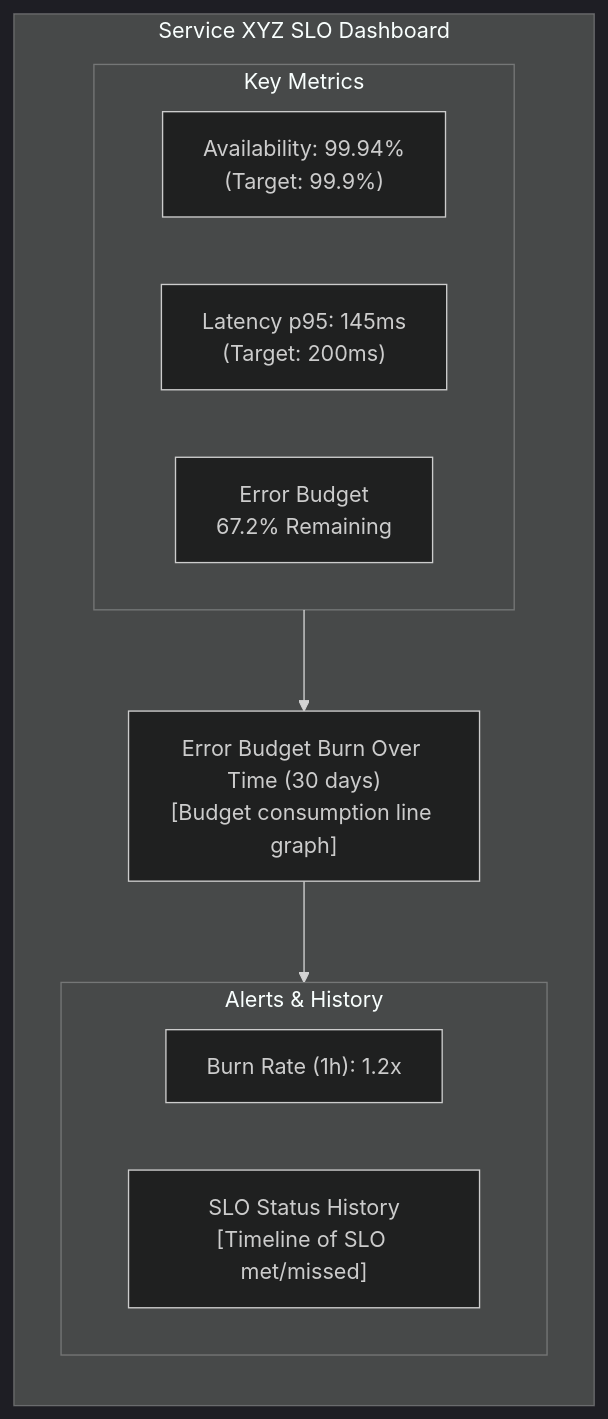
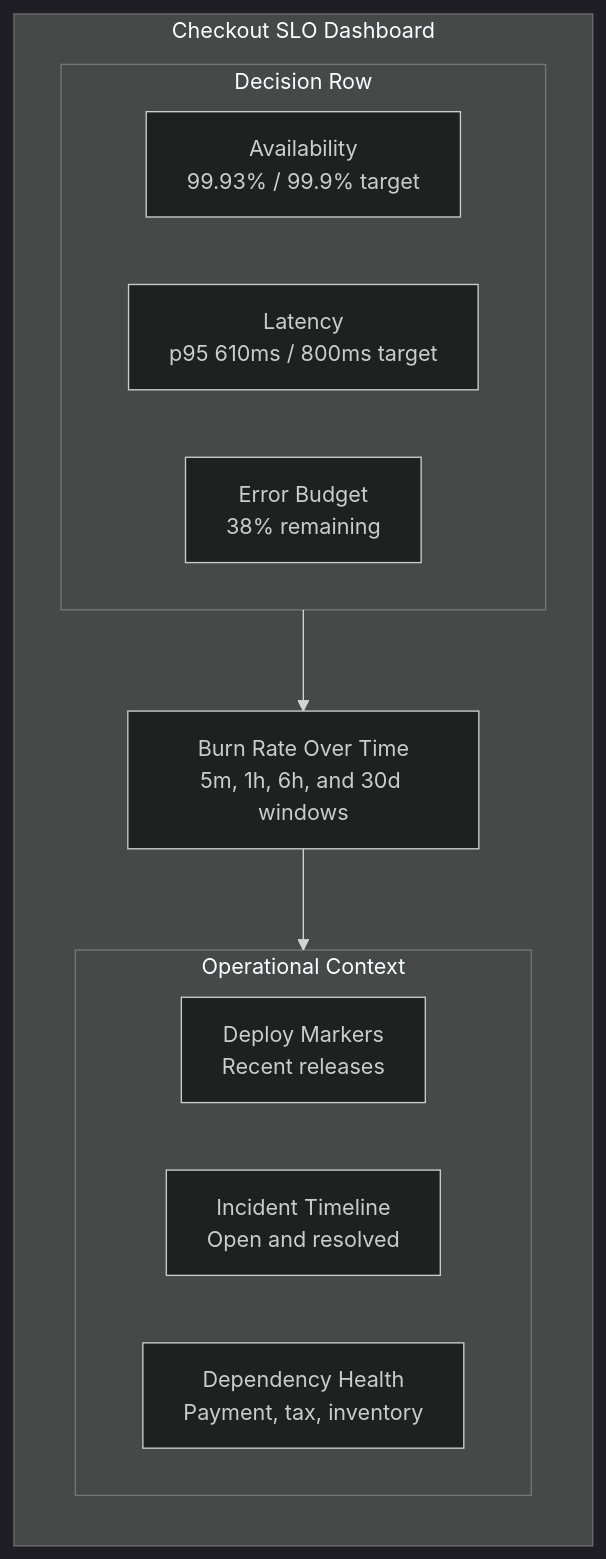
The second of 2 diagrams in src/content/docs/platform/disciplines/core-platform/sre/module-1.2-slos.md (krisztiankoos/kubedojo), drawn with Mermaid (dark theme) before and after one commit. The commit also changed other lines of this file, not shown here.

````diff
--- a/src/content/docs/platform/disciplines/core-platform/sre/module-1.2-slos.md
+++ b/src/content/docs/platform/disciplines/core-platform/sre/module-1.2-slos.md
@@ -507,23 +526,25 @@
 ```mermaid
 flowchart TD
-    subgraph Dashboard ["Service XYZ SLO Dashboard"]
+    subgraph Dashboard ["Checkout SLO Dashboard"]
         direction TB
-        subgraph Metrics ["Key Metrics"]
+
+        subgraph TopRow ["Decision Row"]
             direction LR
-            Avail["Availability: 99.94%<br/>(Target: 99.9%)"]
-            Lat["Latency p95: 145ms<br/>(Target: 200ms)"]
-            Budget["Error Budget<br/>67.2% Remaining"]
+            Avail["Availability<br/>99.93% / 99.9% target"]
+            Latency["Latency<br/>p95 610ms / 800ms target"]
+            Budget["Error Budget<br/>38% remaining"]
         end
-        
-        Graph["Error Budget Burn Over Time (30 days)<br/>[Budget consumption line graph]"]
-        
-        subgraph Status ["Alerts & History"]
+
+        Burn["Burn Rate Over Time<br/>5m, 1h, 6h, and 30d windows"]
+
+        subgraph Context ["Operational Context"]
             direction LR
-            Burn["Burn Rate (1h): 1.2x"]
-            Hist["SLO Status History<br/>[Timeline of SLO met/missed]"]
+            Deploys["Deploy Markers<br/>Recent releases"]
+            Incidents["Incident Timeline<br/>Open and resolved"]
+            Dependencies["Dependency Health<br/>Payment, tax, inventory"]
         end
-        
-        Metrics --> Graph
-        Graph --> Status
+
+        TopRow --> Burn
+        Burn --> Context
     end
 ```
````
